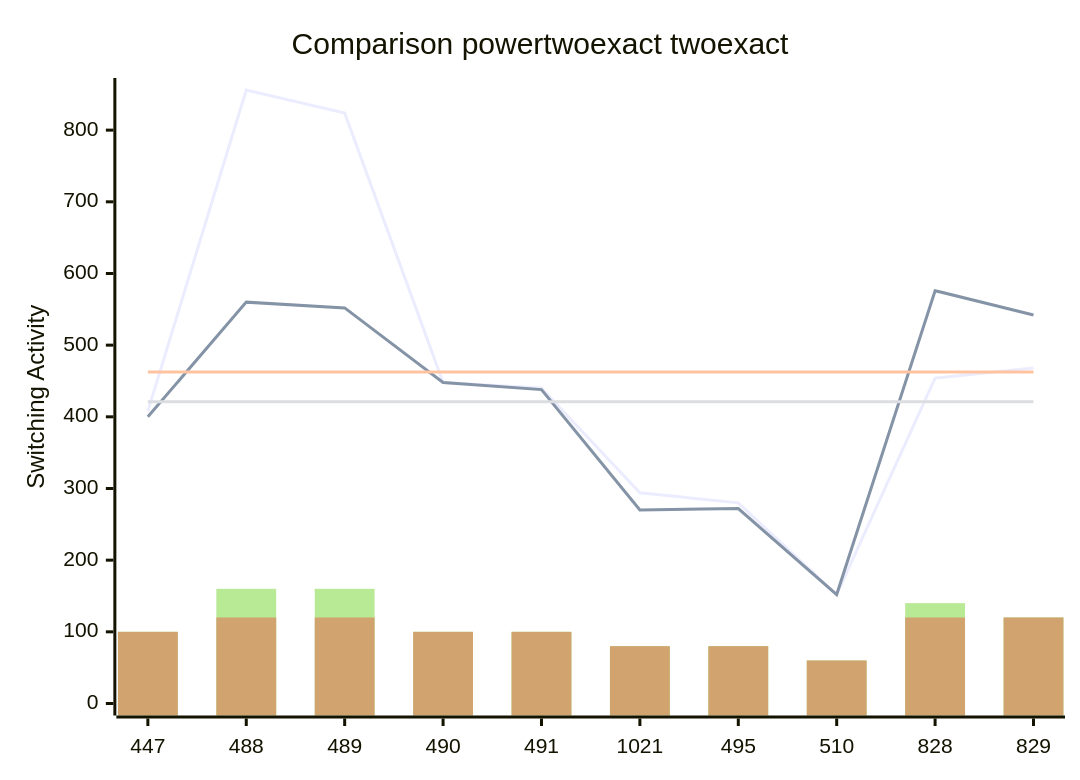
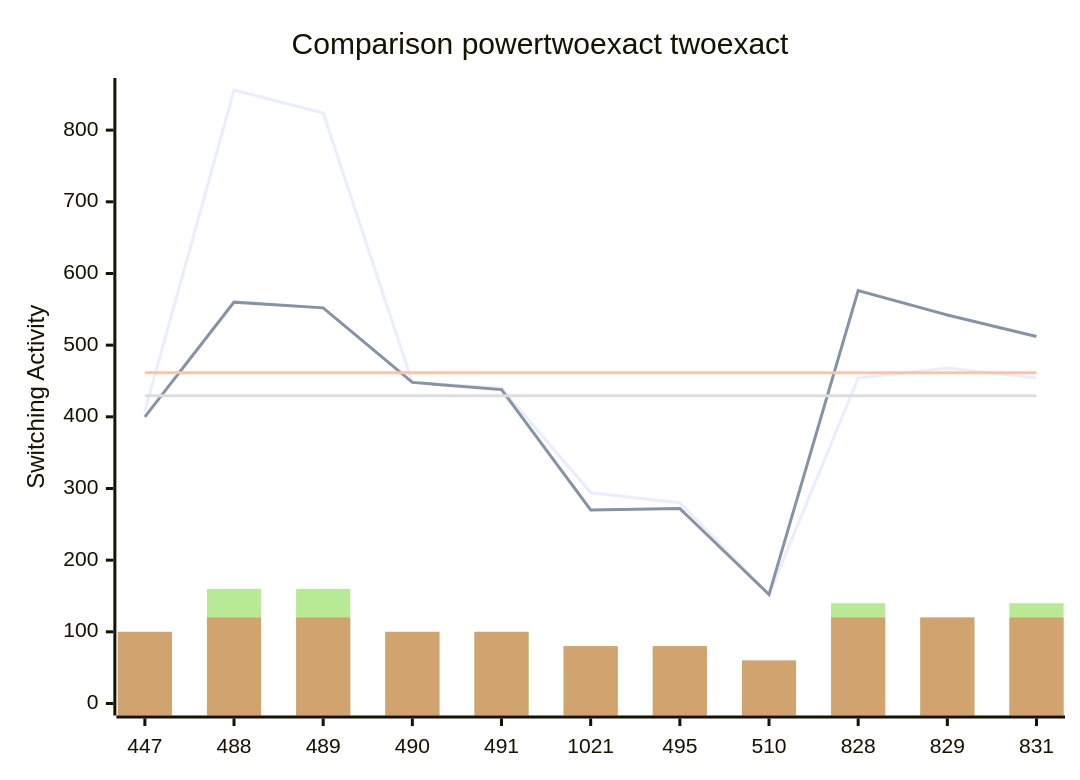
One commit to FeldmeierMichael/Exact-Power-Synthesis changed the diagram in benchmark_opt2.md. Above: the diagram before and after it, drawn with Mermaid. The commit also changed other lines of this file, not shown here.

````diff
--- a/benchmark_opt2.md
+++ b/benchmark_opt2.md
@@ -21,12 +23,12 @@
 ```mermaid
 xychart-beta
     title "Comparison powertwoexact twoexact"
-    x-axis [447, 488, 489, 490, 491, 1021, 495, 510, 828, 829]
+    x-axis [447, 488, 489, 490, 491, 1021, 495, 510, 828, 829, 831]
     y-axis "Switching Activity" 0-->856
-    line [408, 856, 824, 448, 440, 294, 280, 152, 454, 468]
-    line [400, 560, 552, 448, 438, 270, 272, 152, 576, 542]
-    line [462.4, 462.4, 462.4, 462.4, 462.4, 462.4, 462.4, 462.4, 462.4, 462.4]
-    line [421.0, 421.0, 421.0, 421.0, 421.0, 421.0, 421.0, 421.0, 421.0, 421.0]
-    bar [100, 160, 160, 100, 100, 80, 80, 60, 140, 120]
-    bar [100, 120, 120, 100, 100, 80, 80, 60, 120, 120]
+    line [408, 856, 824, 448, 440, 294, 280, 152, 454, 468, 454]
+    line [400, 560, 552, 448, 438, 270, 272, 152, 576, 542, 512]
+    line [461.6363636363636, 461.6363636363636, 461.6363636363636, 461.6363636363636, 461.6363636363636, 461.6363636363636, 461.6363636363636, 461.6363636363636, 461.6363636363636, 461.6363636363636, 461.6363636363636]
+    line [429.27272727272725, 429.27272727272725, 429.27272727272725, 429.27272727272725, 429.27272727272725, 429.27272727272725, 429.27272727272725, 429.27272727272725, 429.27272727272725, 429.27272727272725, 429.27272727272725]
+    bar [100, 160, 160, 100, 100, 80, 80, 60, 140, 120, 140]
+    bar [100, 120, 120, 100, 100, 80, 80, 60, 120, 120, 120]
 ```
````
